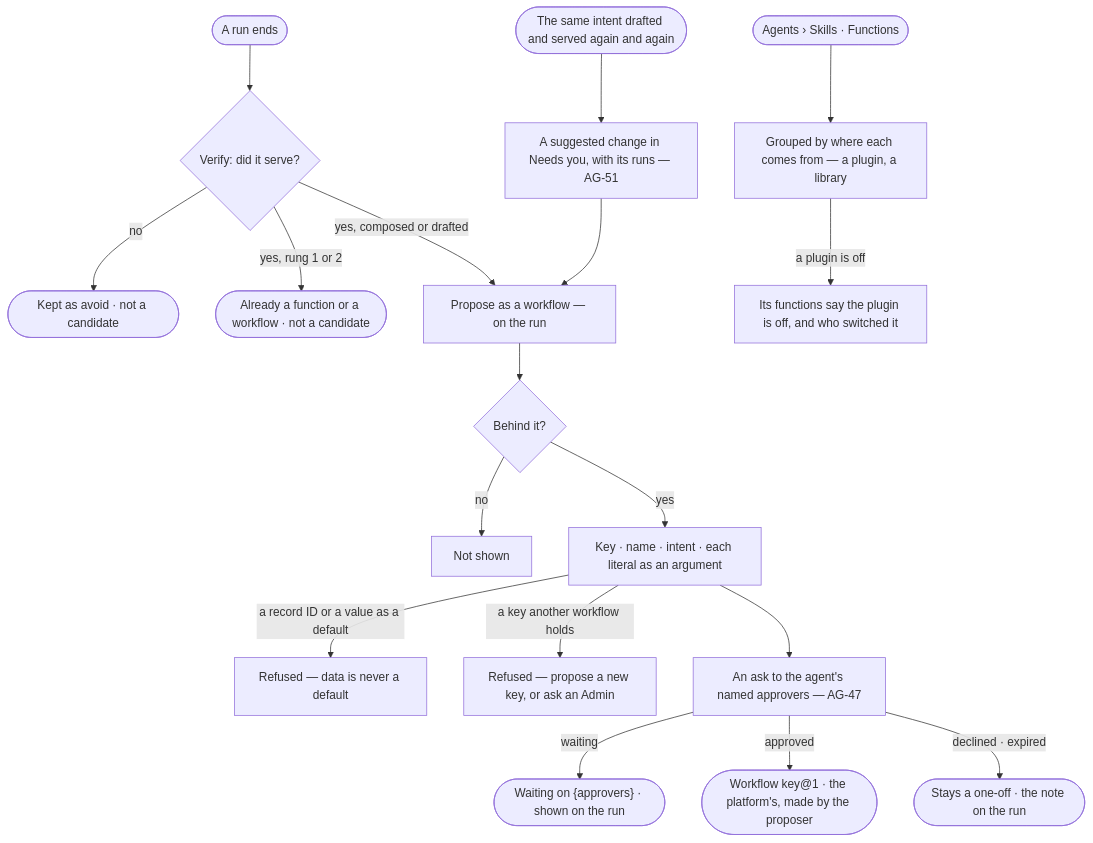
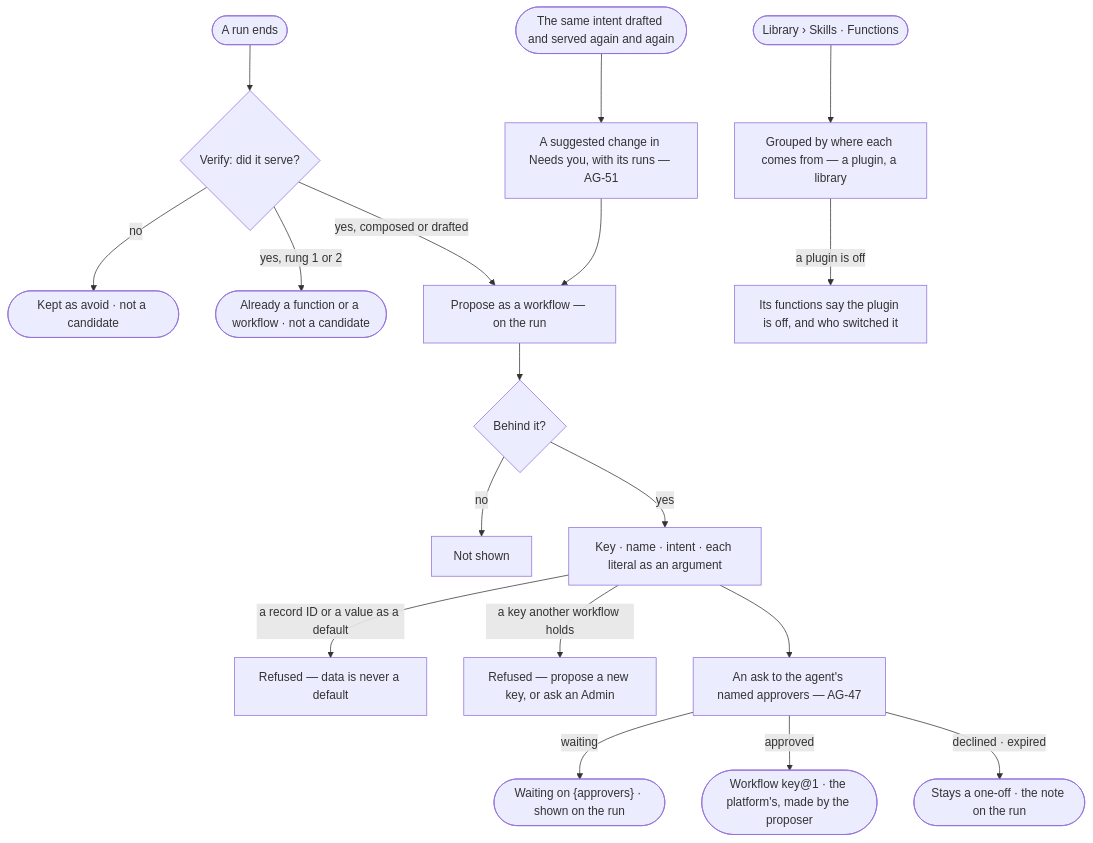
The diagram in specs/capabilities/agents/features/AG-F06-plans-and-workflows/stories/AG-31-keep-a-plan-that-served-and-see-where-each-comes-from/story.md (invana/invana), drawn with Mermaid before and after one commit. The commit also changed other lines of this file and 106 other files, not shown here.

````diff
--- a/specs/capabilities/agents/features/AG-F06-plans-and-workflows/stories/AG-31-keep-a-plan-that-served-and-see-where-each-comes-from/story.md
+++ b/specs/capabilities/agents/features/AG-F06-plans-and-workflows/stories/AG-31-keep-a-plan-that-served-and-see-where-each-comes-from/story.md
@@ -31,19 +31,19 @@
 ```mermaid
 flowchart TD
   r([A run ends]) --> v{"Verify: did it serve?"}
   v -->|no| nc(["Kept as avoid · not a candidate"])
   v -->|yes, rung 1 or 2| nc2(["Already a function or a workflow · not a candidate"])
   v -->|yes, composed or drafted| c["Propose as a workflow — on the run"]
   c --> who{"Behind it?"}
   who -->|no| cx["Not shown"]
   who -->|yes| n["Key · name · intent · each literal as an argument"]
   n -->|a record ID or a value as a default| dx["Refused — data is never a default"]
   n -->|a key another workflow holds| kx["Refused — propose a new key, or ask an Admin"]
   n --> ask["An ask to the agent's named approvers — AG-47"]
   ask -->|waiting| w(["Waiting on {approvers} · shown on the run"])
   ask -->|approved| v1(["Workflow key@1 · the platform's, made by the proposer"])
   ask -->|declined · expired| d(["Stays a one-off · the note on the run"])
   ev([The same intent drafted and served again and again]) --> sc["A suggested change in Needs you, with its runs — AG-51"] --> c
-  t([Agents › Skills · Functions]) --> src["Grouped by where each comes from — a plugin, a library"]
+  t([Library › Skills · Functions]) --> src["Grouped by where each comes from — a plugin, a library"]
   src -->|a plugin is off| off["Its functions say the plugin is off, and who switched it"]
 ```
````
